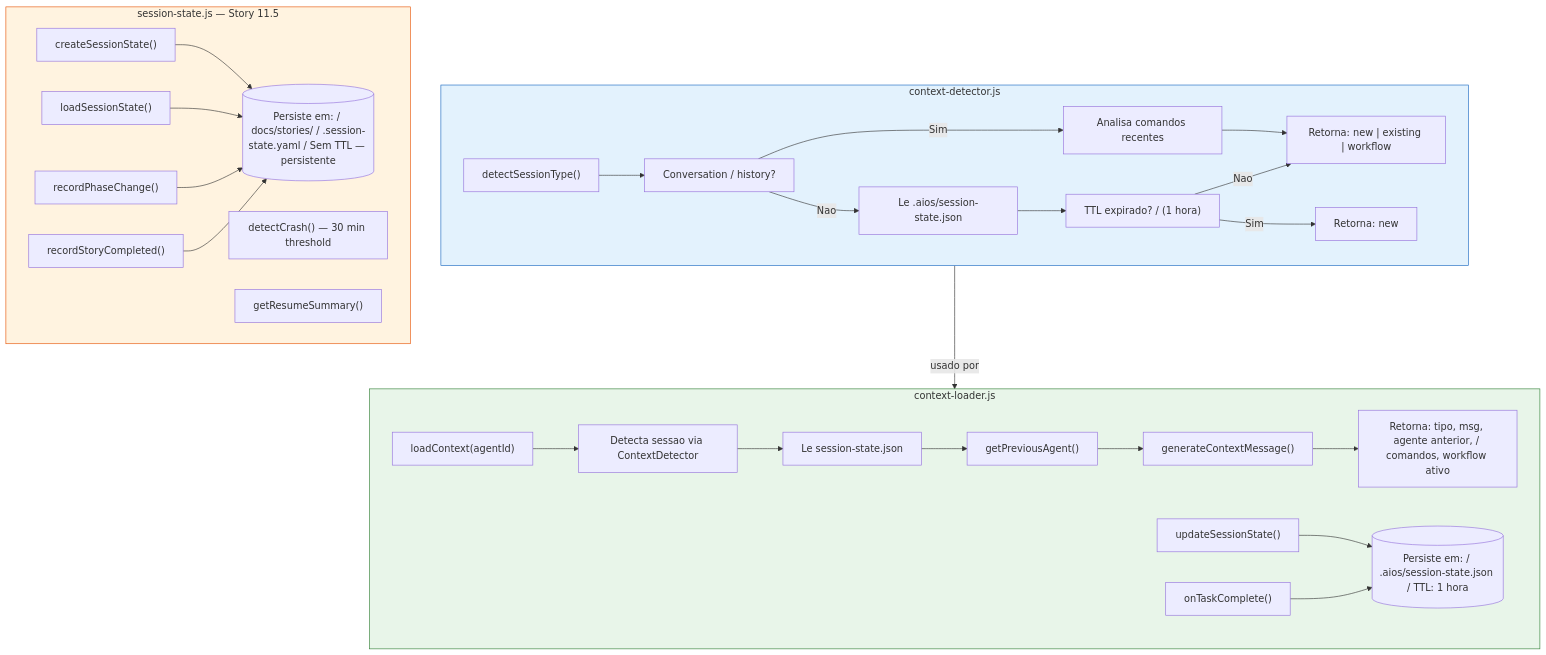
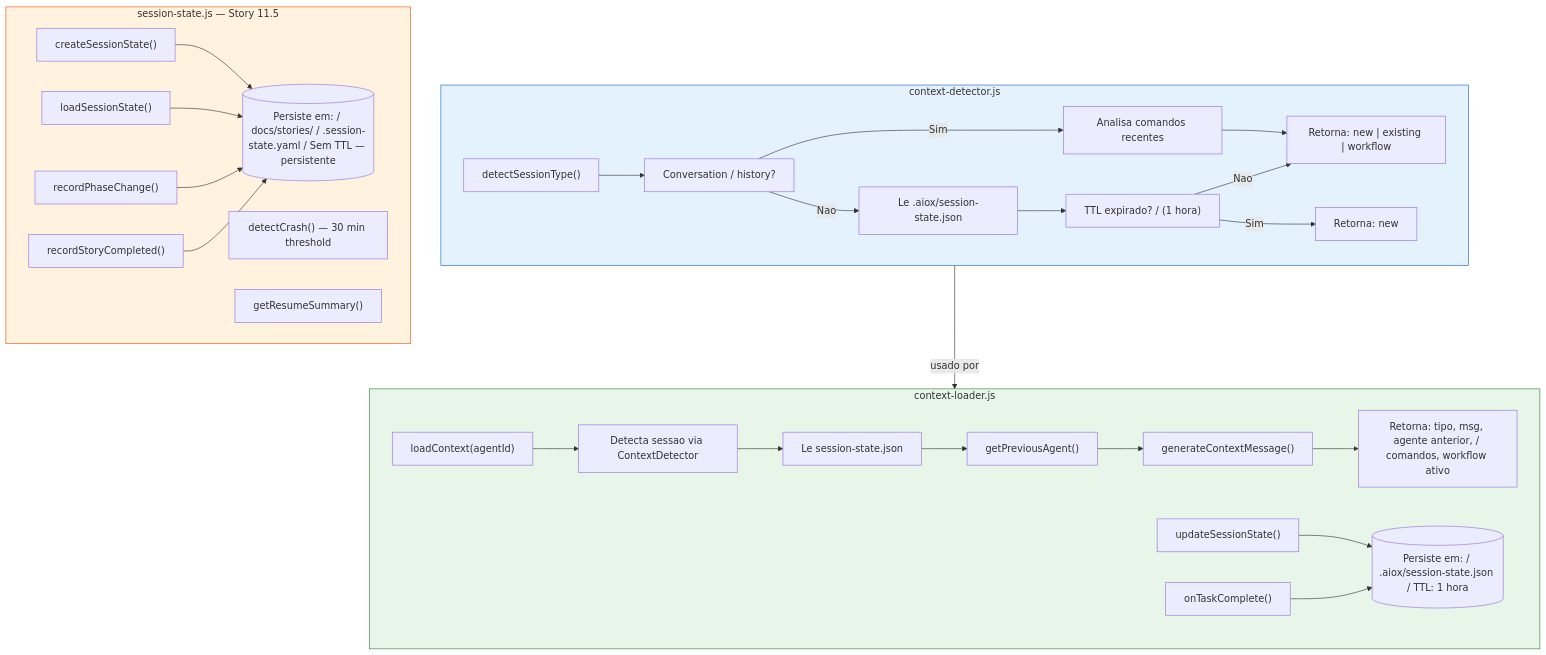
Before and after one commit to bychrisr/aios-docs: the seventh of 18 diagrams in content/en/docs/guides/MEMORY-SYSTEM.mdx, drawn with Mermaid. The commit also changed other lines of this file and 564 other files, not shown here.

````diff
--- a/content/en/docs/guides/MEMORY-SYSTEM.mdx
+++ b/content/en/docs/guides/MEMORY-SYSTEM.mdx
@@ -299,60 +299,60 @@
 ```mermaid
 flowchart TD
     subgraph CTX_DETECT["context-detector.js"]
         CD1["detectSessionType()"]
         CD2["Conversation / history?"]
         CD3["Analisa comandos recentes"]
-        CD4["Le .aios/session-state.json"]
+        CD4["Le .aiox/session-state.json"]
         CD5["Retorna: new | existing | workflow"]
         CD6["TTL expirado? / (1 hora)"]
 
         CD1 --> CD2
         CD2 -->|"Sim"| CD3
         CD2 -->|"Nao"| CD4
         CD3 --> CD5
         CD4 --> CD6
         CD6 -->|"Sim"| CD7["Retorna: new"]
         CD6 -->|"Nao"| CD5
     end
 
     subgraph CTX_LOADER["context-loader.js"]
         CL1["loadContext(agentId)"]
         CL2["Detecta sessao via ContextDetector"]
         CL3["Le session-state.json"]
         CL4["getPreviousAgent()"]
         CL5["generateContextMessage()"]
         CL6["Retorna: tipo, msg, agente anterior, / comandos, workflow ativo"]
         CL7["updateSessionState()"]
         CL8["onTaskComplete()"]
-        CL9[("Persiste em: / .aios/session-state.json / TTL: 1 hora")]
+        CL9[("Persiste em: / .aiox/session-state.json / TTL: 1 hora")]
 
         CL1 --> CL2
         CL2 --> CL3
         CL3 --> CL4
         CL4 --> CL5
         CL5 --> CL6
         CL7 --> CL9
         CL8 --> CL9
     end
 
     subgraph SESS_STATE["session-state.js — Story 11.5"]
         SS1["createSessionState()"]
         SS2["loadSessionState()"]
         SS3["recordPhaseChange()"]
         SS4["recordStoryCompleted()"]
         SS5["detectCrash() — 30 min threshold"]
         SS6["getResumeSummary()"]
         SS7[("Persiste em: / docs/stories/ / .session-state.yaml / Sem TTL — persistente")]
 
         SS1 --> SS7
         SS2 --> SS7
         SS3 --> SS7
         SS4 --> SS7
     end
 
     CTX_DETECT -->|"usado por"| CTX_LOADER
 
     style CTX_DETECT fill:#E3F2FD,stroke:#1565C0
     style CTX_LOADER fill:#E8F5E9,stroke:#2E7D32
     style SESS_STATE fill:#FFF3E0,stroke:#E65100
 ```
````
